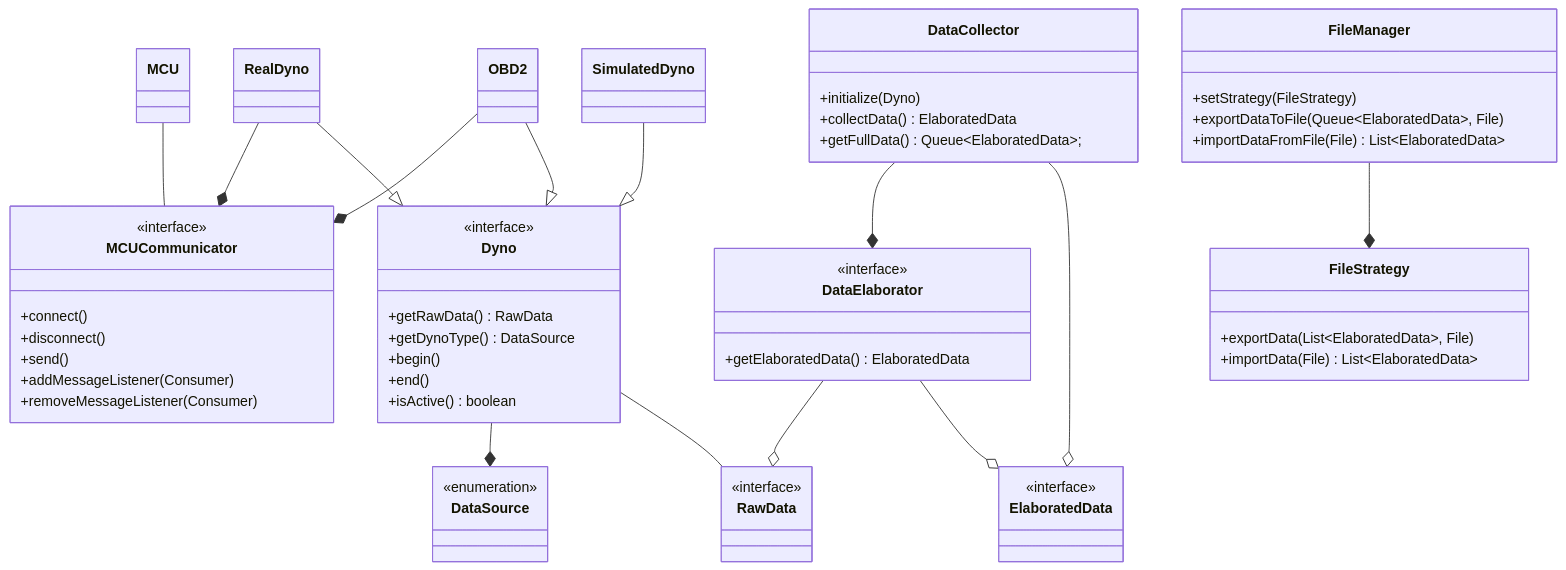
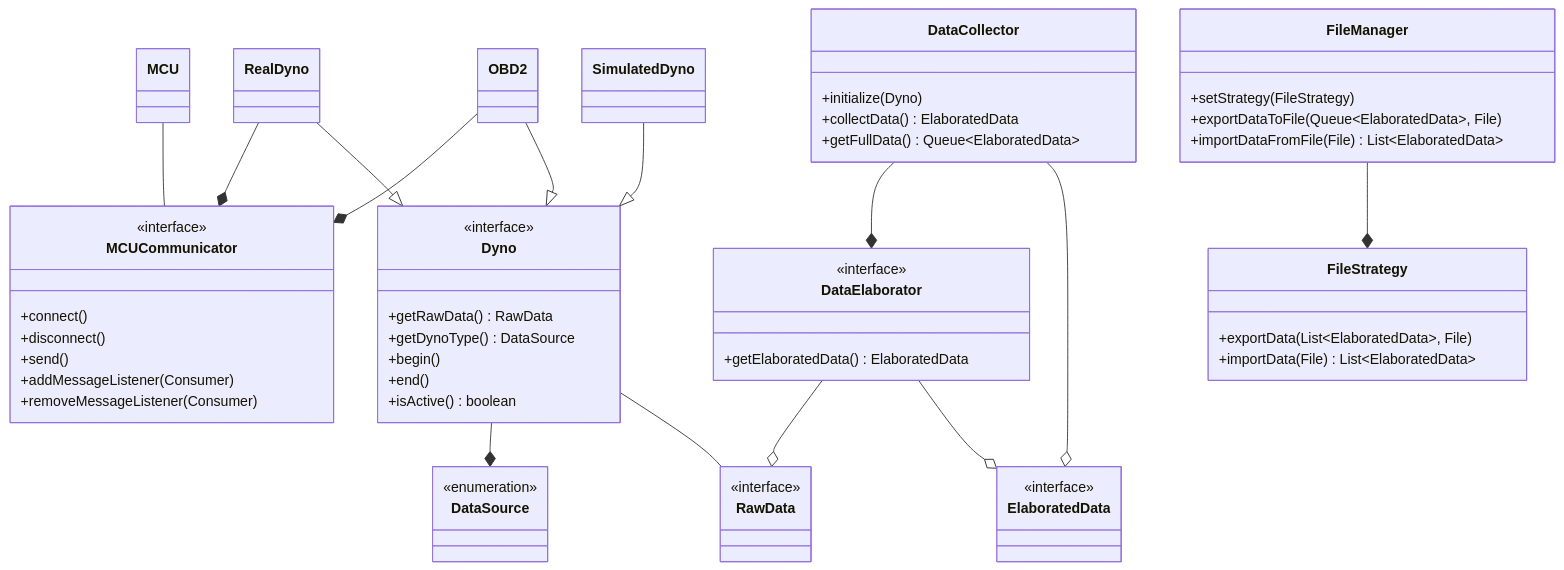
The first of 8 diagrams in report.md (unibo-oop-projects/OOP24-Alessandro-CristoferNapolitano-SolarEgg-TodeschiMatteo-java-dyno), drawn with Mermaid before and after one commit. The commit also changed 4 other files, not shown here.

````diff
--- a/report.md
+++ b/report.md
@@ -80,83 +80,83 @@
 ```mermaid
 classDiagram
 direction TB
     MCU -- MCUCommunicator
     OBD2 --* MCUCommunicator
     RealDyno --* MCUCommunicator
     Dyno --* DataSource
     RealDyno --|> Dyno
     SimulatedDyno --|> Dyno
     Dyno -- RawData
     DataElaborator --o RawData
     DataElaborator --o ElaboratedData
     DataCollector --* DataElaborator
     DataCollector --o ElaboratedData
     OBD2 --|> Dyno
     FileManager --* FileStrategy
 
     class MCUCommunicator {
 	    +connect()
 	    +disconnect()
 	    +send()
 	    +addMessageListener(Consumer)
 	    +removeMessageListener(Consumer)
     }
 
     class Dyno {
 	    +getRawData() RawData
 	    +getDynoType() DataSource
 	    +begin()
 	    +end()
 	    +isActive() boolean
     }
 
     class DataCollector {
 	    +initialize(Dyno)
 	    +collectData() ElaboratedData
-	    +getFullData() Queue~ElaboratedData~;
+	    +getFullData() Queue~ElaboratedData~
     }
 
     class DataElaborator {
 	    +getElaboratedData() ElaboratedData
     }
 
     class FileManager {
 	    +setStrategy(FileStrategy)
 	    +exportDataToFile(Queue~ElaboratedData~, File)
 	    +importDataFromFile(File) List~ElaboratedData~
     }
 
     class FileStrategy {
 	    +exportData(List~ElaboratedData~, File)
 	    +importData(File) List~ElaboratedData~
     }
 
     class RawData {
     }
 
     class ElaboratedData {
     }
 
     class DataSource {
     }
 
     class MCU {
     }
 
     class OBD2 {
     }
 
     class RealDyno {
     }
 
     class SimulatedDyno {
     }
 
 	<<interface>> MCUCommunicator
 	<<interface>> Dyno
 	<<interface>> DataElaborator
 	<<interface>> RawData
 	<<interface>> ElaboratedData
 	<<enumeration>> DataSource
 
 ```
````
